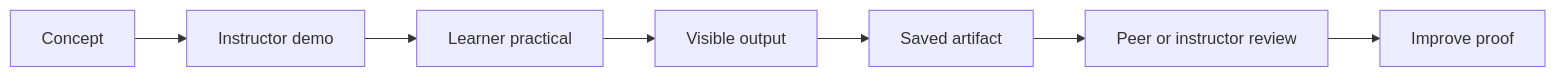
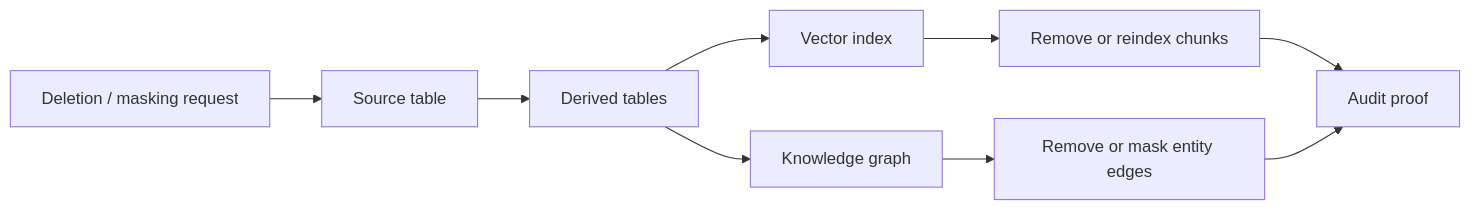
Before and after one commit to abhisheksaini333/datavalue-chain-revision-pack-daywise: the ninth of 12 diagrams in day4/end-of-day-revision-and-study-pack.md, drawn with Mermaid. The commit also changed other lines of this file, not shown here.

````diff
--- a/day4/end-of-day-revision-and-study-pack.md
+++ b/day4/end-of-day-revision-and-study-pack.md
@@ -135,9 +373,11 @@
 ```mermaid
 flowchart LR
-    Concept[Concept] --> Demo[Instructor demo]
-    Demo --> Learner[Learner practical]
-    Learner --> Output[Visible output]
-    Output --> Artifact[Saved artifact]
-    Artifact --> Review[Peer or instructor review]
-    Review --> Improve[Improve proof]
+    DeleteRequest[Deletion / masking request] --> Source[Source table]
+    Source --> Derived[Derived tables]
+    Derived --> Vector[Vector index]
+    Derived --> Graph[Knowledge graph]
+    Vector --> Remove[Remove or reindex chunks]
+    Graph --> RemoveEdges[Remove or mask entity edges]
+    Remove --> Audit[Audit proof]
+    RemoveEdges --> Audit
 ```
````
